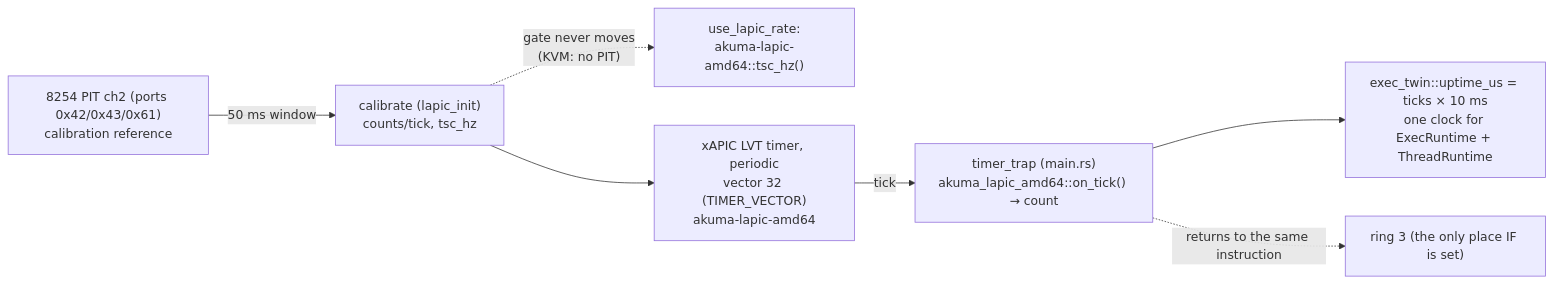
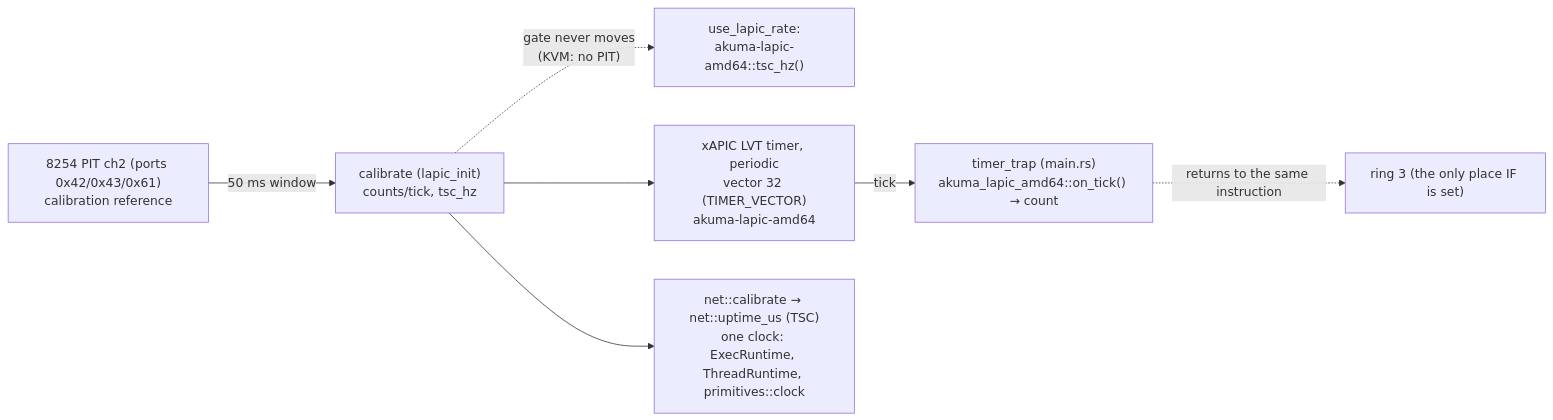
The diagram in taoxichuan/docs/diagrams/scheduling.md (netoneko/akuma), drawn with Mermaid before and after one commit. The commit also changed 14 other files, not shown here.

````diff
--- a/taoxichuan/docs/diagrams/scheduling.md
+++ b/taoxichuan/docs/diagrams/scheduling.md
@@ -6,9 +6,9 @@
 ```mermaid
 flowchart LR
     PIT["8254 PIT ch2 (ports 0x42/0x43/0x61)<br/>calibration reference"] -->|50 ms window| CAL["calibrate (lapic_init)<br/>counts/tick, tsc_hz"]
     CAL -.->|"gate never moves<br/>(KVM: no PIT)"| LAP["use_lapic_rate:<br/>akuma-lapic-amd64::tsc_hz()"]
     CAL --> LVT["xAPIC LVT timer, periodic<br/>vector 32 (TIMER_VECTOR)<br/>akuma-lapic-amd64"]
     LVT -->|tick| TT["timer_trap (main.rs)<br/>akuma_lapic_amd64::on_tick() → count"]
-    TT --> CLK["exec_twin::uptime_us = ticks × 10 ms<br/>one clock for ExecRuntime + ThreadRuntime"]
+    CAL --> CLK["net::calibrate → net::uptime_us (TSC)<br/>one clock: ExecRuntime, ThreadRuntime, primitives::clock"]
     TT -.->|returns to the same instruction| R3["ring 3 (the only place IF is set)"]
 ```
````
